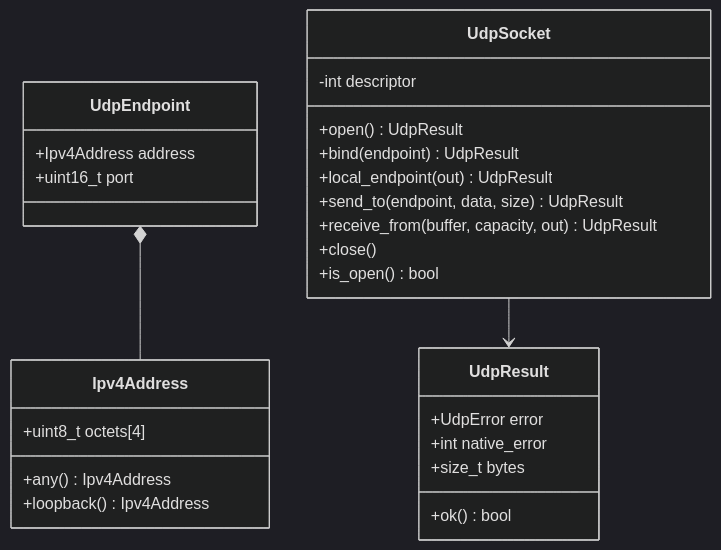
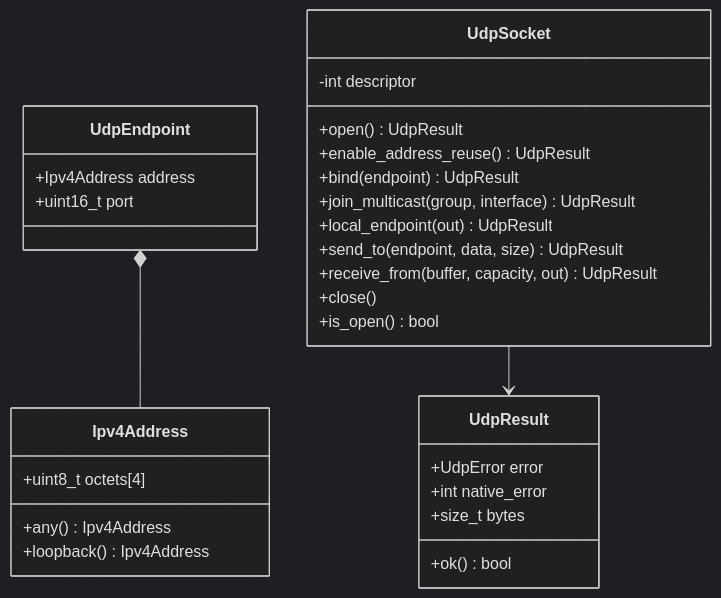
One commit to indrakanti/openRTDDS changed the first of 4 diagrams in docs/design/udp-transport/detailed-design.md. Above: the diagram before and after it, drawn with Mermaid (dark theme). The commit also changed other lines of this file and 17 other files, not shown here.

````diff
--- a/docs/design/udp-transport/detailed-design.md
+++ b/docs/design/udp-transport/detailed-design.md
@@ -17,30 +19,32 @@
 ```mermaid
 classDiagram
     class Ipv4Address {
       +uint8_t octets[4]
       +any() Ipv4Address
       +loopback() Ipv4Address
     }
     class UdpEndpoint {
       +Ipv4Address address
       +uint16_t port
     }
     class UdpResult {
       +UdpError error
       +int native_error
       +size_t bytes
       +ok() bool
     }
     class UdpSocket {
       -int descriptor
       +open() UdpResult
+      +enable_address_reuse() UdpResult
       +bind(endpoint) UdpResult
+      +join_multicast(group, interface) UdpResult
       +local_endpoint(out) UdpResult
       +send_to(endpoint, data, size) UdpResult
       +receive_from(buffer, capacity, out) UdpResult
       +close()
       +is_open() bool
     }
     UdpEndpoint *-- Ipv4Address
     UdpSocket --> UdpResult
 ```
````
